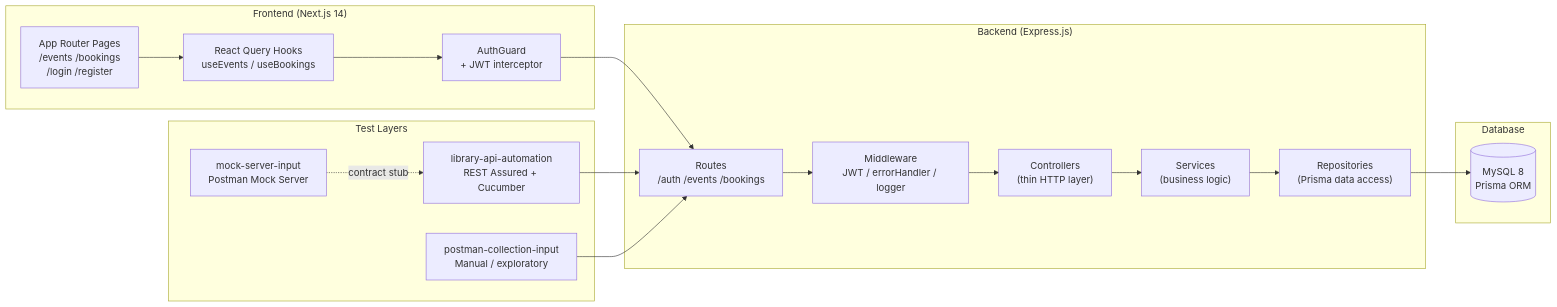
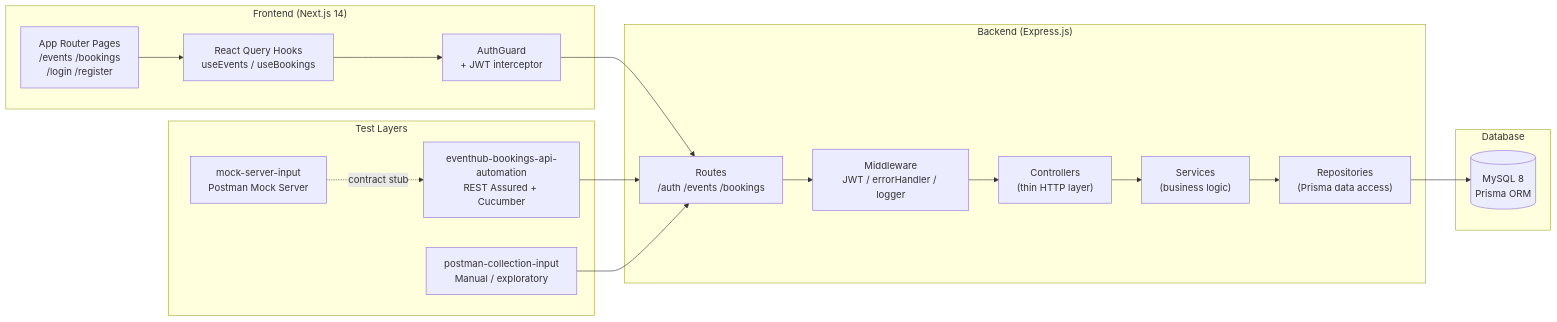
One commit to samirjagtap4030/eventhub-restassured-bdd changed the second of 3 diagrams in README.md. Above: the diagram before and after it, drawn with Mermaid. The commit also changed other lines of this file and 44 other files, not shown here.

First line of the commit message:
Replace Library Book API automation with EventHub Bookings API automation

````diff
--- a/README.md
+++ b/README.md
@@ -164,32 +166,32 @@
 ```mermaid
 flowchart LR
     subgraph Frontend["Frontend (Next.js 14)"]
         UI["App Router Pages\n/events  /bookings\n/login  /register"]
         HOOKS["React Query Hooks\nuseEvents / useBookings"]
         AUTH["AuthGuard\n+ JWT interceptor"]
     end
 
     subgraph Backend["Backend (Express.js)"]
         ROUTES["Routes\n/auth /events /bookings"]
         CTRL["Controllers\n(thin HTTP layer)"]
         SVC["Services\n(business logic)"]
         REPO["Repositories\n(Prisma data access)"]
         MW["Middleware\nJWT / errorHandler / logger"]
     end
 
     subgraph DB["Database"]
         MYSQL[(MySQL 8\nPrisma ORM)]
     end
 
     subgraph Testing["Test Layers"]
-        BDD["library-api-automation\nREST Assured + Cucumber"]
+        BDD["eventhub-bookings-api-automation\nREST Assured + Cucumber"]
         POSTMAN["postman-collection-input\nManual / exploratory"]
         MOCK["mock-server-input\nPostman Mock Server"]
     end
 
     UI --> HOOKS --> AUTH --> ROUTES
     ROUTES --> MW --> CTRL --> SVC --> REPO --> MYSQL
     BDD --> ROUTES
     POSTMAN --> ROUTES
     MOCK -.->|"contract stub"| BDD
 ```
````
